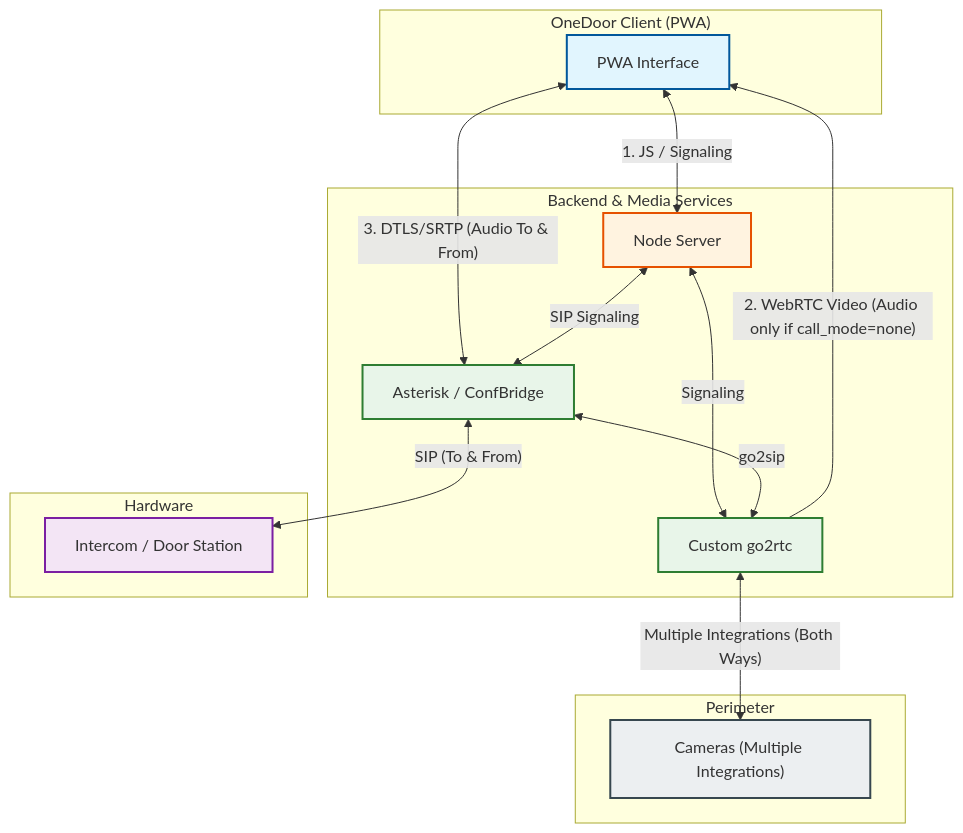
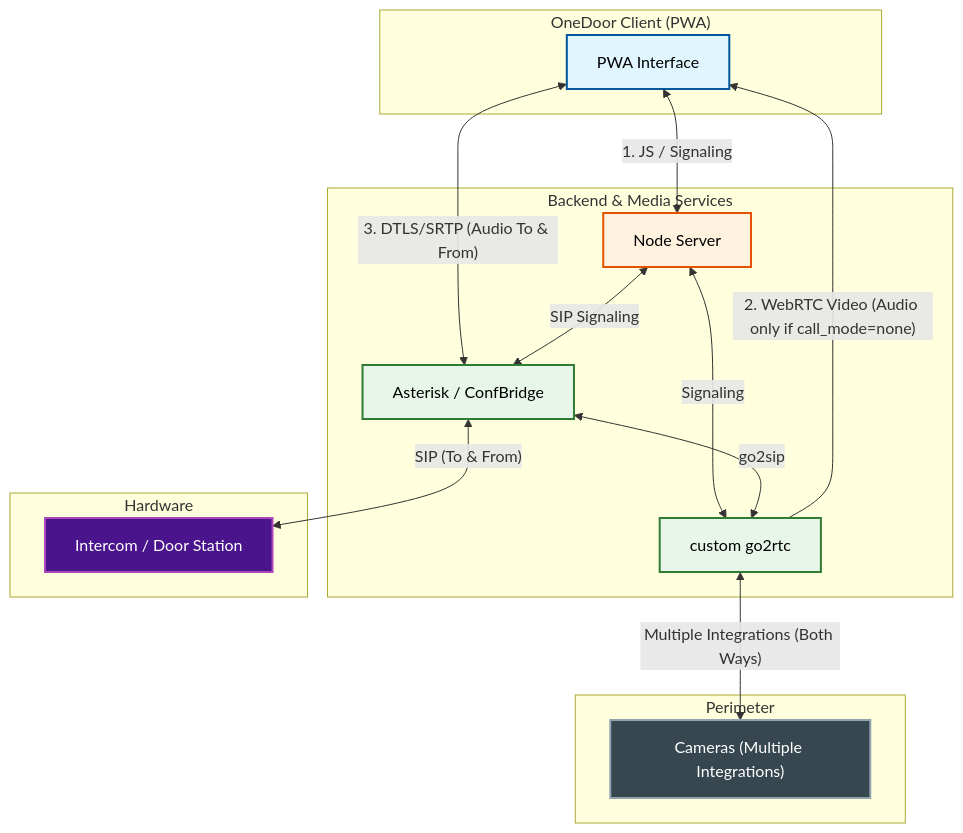
Before and after one commit to tylerransdell/onedoor: the diagram in README.md, drawn with Mermaid. The commit also changed other lines of this file, not shown here.

Commit message:
Refine README content and improve diagram styling

````diff
--- a/README.md
+++ b/README.md
@@ -98,44 +98,44 @@
 ```mermaid
 flowchart TD
-    %% Styling
-    classDef client fill:#e1f5fe,stroke:#01579b,stroke-width:2px;
-    classDef backend fill:#fff3e0,stroke:#e65100,stroke-width:2px;
-    classDef media fill:#e8f5e9,stroke:#2e7d32,stroke-width:2px;
-    classDef hardware fill:#f3e5f5,stroke:#7b1fa2,stroke-width:2px;
-    classDef camera fill:#eceff1,stroke:#37474f,stroke-width:2px;
+    %% Styling with explicit high-contrast text colors
+    classDef client fill:#e1f5fe,stroke:#01579b,stroke-width:2px,color:#000;
+    classDef backend fill:#fff3e0,stroke:#e65100,stroke-width:2px,color:#000;
+    classDef media fill:#e8f5e9,stroke:#2e7d32,stroke-width:2px,color:#000;
+    classDef hardware fill:#4a148c,stroke:#ab47bc,stroke-width:2px,color:#fff;
+    classDef camera fill:#37474f,stroke:#90a4ae,stroke-width:2px,color:#fff;
 
     %% Components
     subgraph Client ["OneDoor Client (PWA)"]
         PWA["PWA Interface"]:::client
     end
 
     subgraph Backend ["Backend & Media Services"]
         Node["Node Server"]:::backend
         Asterisk["Asterisk / ConfBridge"]:::media
-        Go2RTC["Custom go2rtc"]:::media
+        Go2RTC["custom go2rtc"]:::media
     end
 
     subgraph Intercom ["Hardware"]
         DoorStation["Intercom / Door Station"]:::hardware
     end
 
     subgraph Cameras ["Perimeter"]
         CamSys["Cameras (Multiple Integrations)"]:::camera
     end
 
     %% PWA Connections
     PWA <-->|"1. JS / Signaling"| Node
     Go2RTC -->|"2. WebRTC Video (Audio only if call_mode=none)"| PWA
     PWA <-->|"3. DTLS/SRTP (Audio To & From)"| Asterisk
 
     %% Signaling (Node to Media Services)
     Node <-->|"SIP Signaling"| Asterisk
     Node <-->|"Signaling"| Go2RTC
 
     %% Media / Backend Connections
     Asterisk <-->|"go2sip"| Go2RTC
     Asterisk <-->|"SIP (To & From)"| DoorStation
 
     %% Camera Connections
     Go2RTC <-->|"Multiple Integrations (Both Ways)"| CamSys
 ```
````
